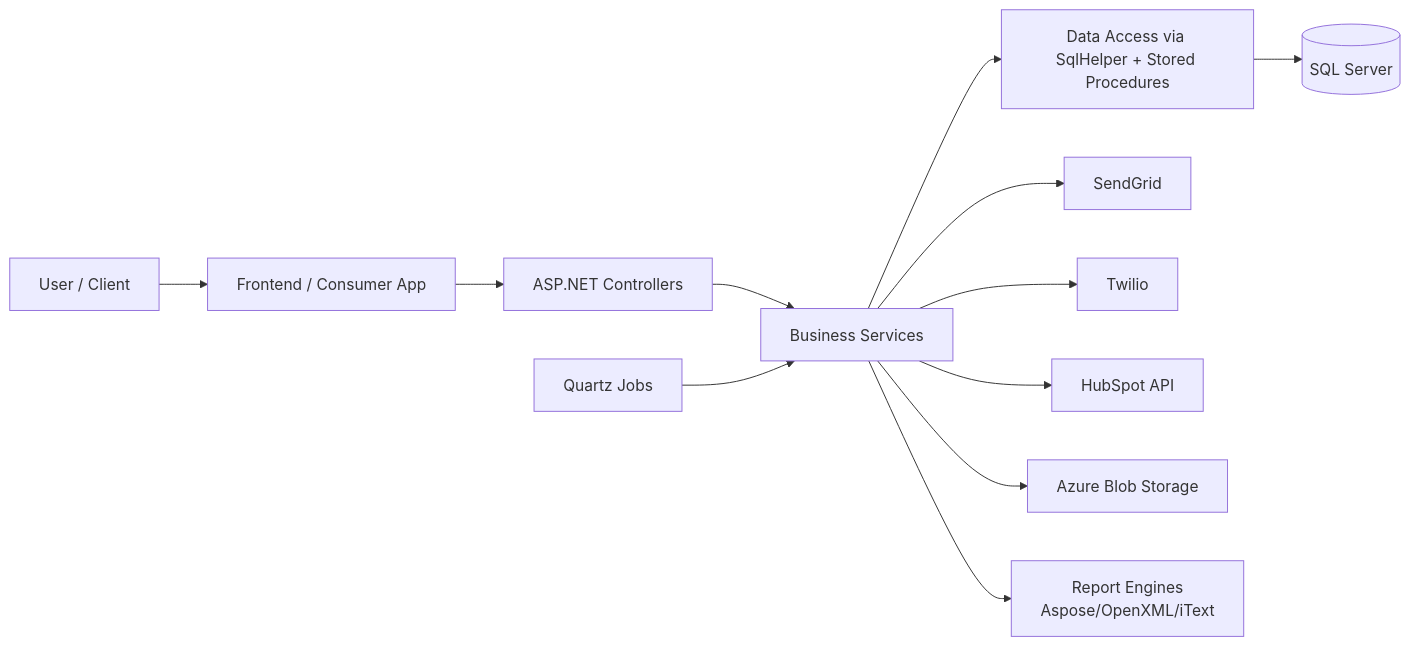
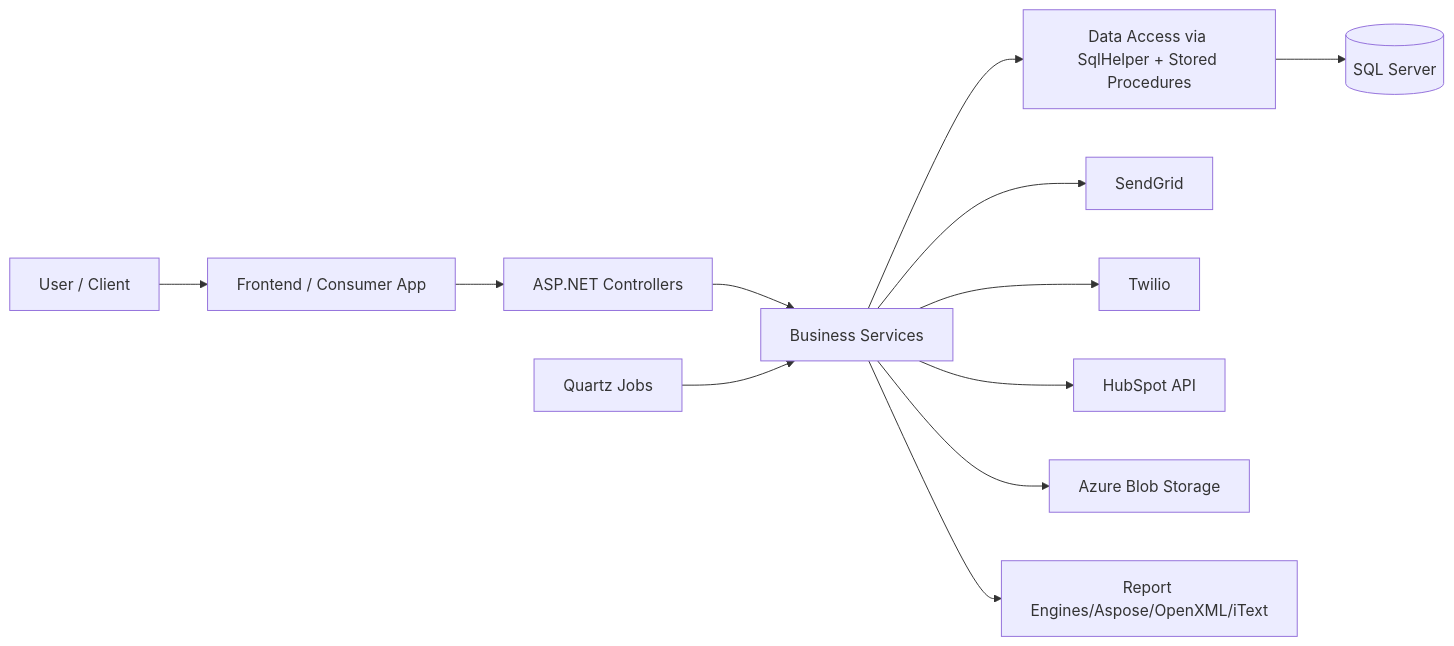
The first of 7 diagrams in ProjectOverview.md (SUGANTHAN54/Cantoo_dev_doc), drawn with Mermaid before and after one commit.

````diff
--- a/ProjectOverview.md
+++ b/ProjectOverview.md
@@ -74,16 +74,16 @@
 ```mermaid
 flowchart LR
     User[User / Client] --> Frontend[Frontend / Consumer App]
     Frontend --> Controller[ASP.NET Controllers]
     Controller --> Service[Business Services]
     Service --> Repository[Data Access via SqlHelper + Stored Procedures]
     Repository --> Database[(SQL Server)]
 
     Service --> SendGrid[SendGrid]
     Service --> Twilio[Twilio]
     Service --> HubSpot[HubSpot API]
     Service --> Blob[Azure Blob Storage]
-    Service --> Docs[Report Engines\nAspose/OpenXML/iText]
+    Service --> Docs[Report Engines/Aspose/OpenXML/iText]
 
     Quartz[Quartz Jobs] --> Service
 ```
````
